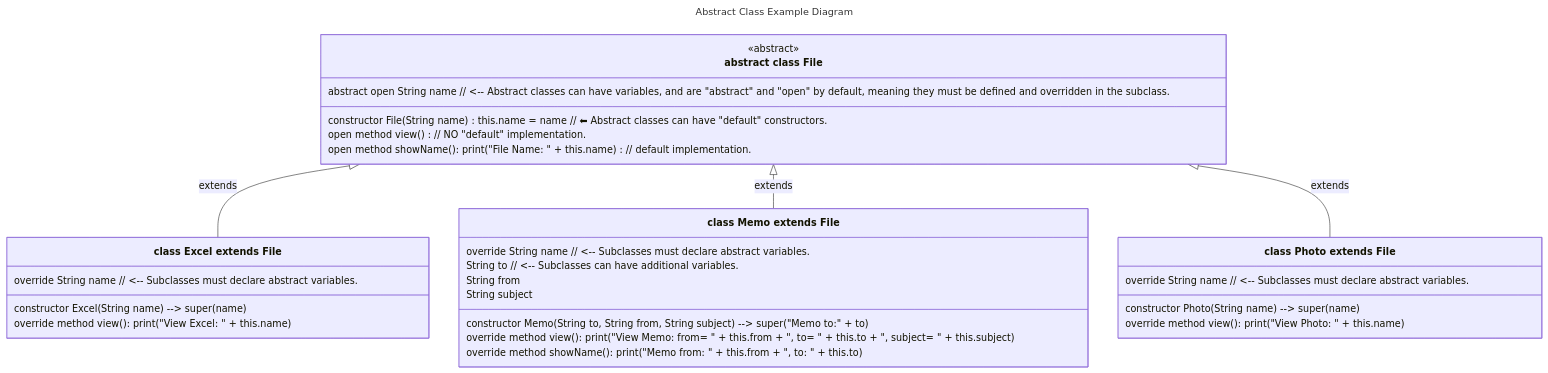
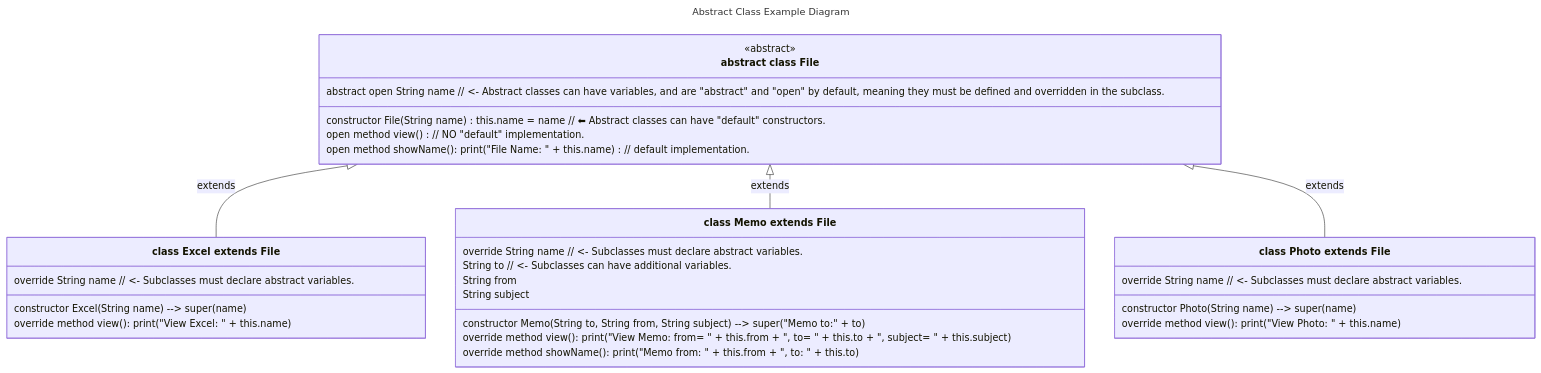
One commit to realityexpander/How_to_program_from_ground_up changed the sixth of 8 diagrams in 09-ClassOrientedProgramming.md. Above: the diagram before and after it, drawn with Mermaid.

Commit message:
improve code examples

````diff
--- a/09-ClassOrientedProgramming.md
+++ b/09-ClassOrientedProgramming.md
@@ -693,47 +693,47 @@
     ```mermaid
     ---
     title: Abstract Class Example Diagram
       
     ---
     classDiagram
     direction TB
     File <|-- Excel : extends
     File <|-- Memo : extends
     File <|-- Photo : extends
       
     class File["abstract class File"] {
-       abstract open String name  // <-- Abstract classes can have variables, and are "abstract" and "open" by default, meaning they must be defined and overridden in the subclass.
+       abstract open String name  // <- Abstract classes can have variables, and are "abstract" and "open" by default, meaning they must be defined and overridden in the subclass.
        
        constructor File(String name) this.name = name // ⬅︎ Abstract classes can have "default" constructors.
         
        open method view() // NO "default" implementation.
        open method showName(): print("File Name: " + this.name) // default implementation.
     }
     <<abstract>> File 
       
     class Excel["class Excel extends File"] {
-       override String name // <-- Subclasses must declare abstract variables.
+       override String name // <- Subclasses must declare abstract variables.
     
        constructor Excel(String name) --> super(name)
     
        override method view(): print("View Excel: " + this.name) 
     }
     class Memo["class Memo extends File"] {
-       override String name // <-- Subclasses must declare abstract variables.
-       String to  // <-- Subclasses can have additional variables.
+       override String name // <- Subclasses must declare abstract variables.
+       String to  // <- Subclasses can have additional variables.
        String from
        String subject
     
-         constructor Memo(String to, String from, String subject) --> super("Memo to:" + to)
+       constructor Memo(String to, String from, String subject) --> super("Memo to:" + to)
        
        override method view(): print("View Memo: from= " + this.from + ", to= " + this.to + ", subject= " + this.subject) 
        override method showName(): print("Memo from: " + this.from + ", to: " + this.to)
     }
     class Photo["class Photo extends File"] {
-       override String name // <-- Subclasses must declare abstract variables.
+       override String name // <- Subclasses must declare abstract variables.
     
          constructor Photo(String name) --> super(name)
        
        override method view(): print("View Photo: " + this.name)
     }
     ```
````
